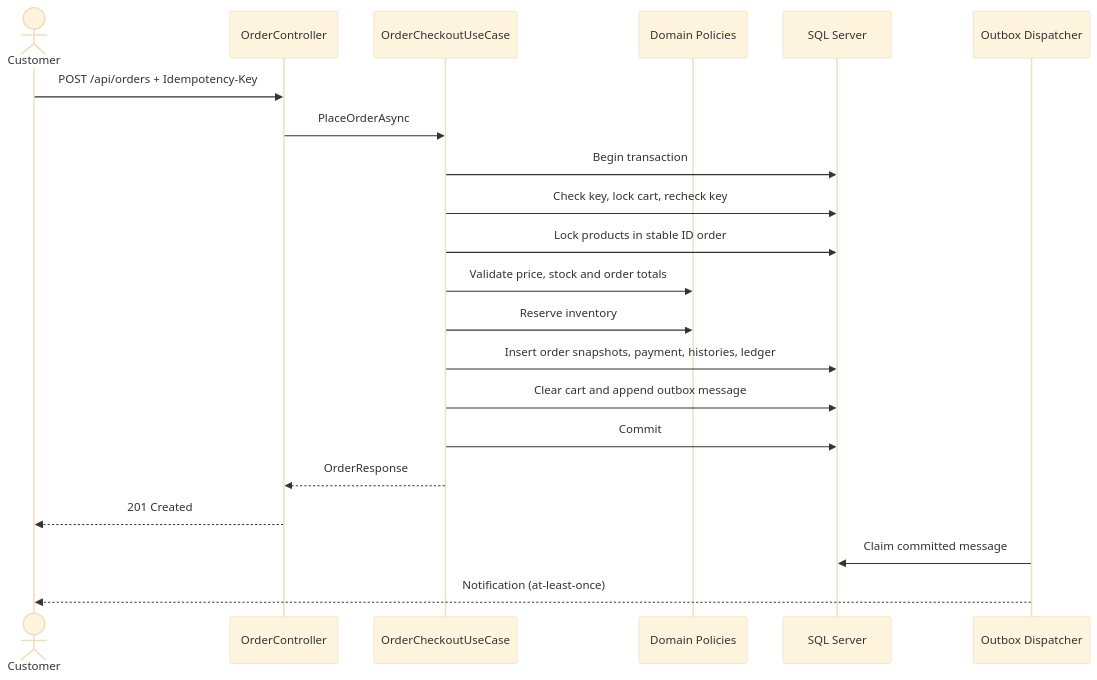
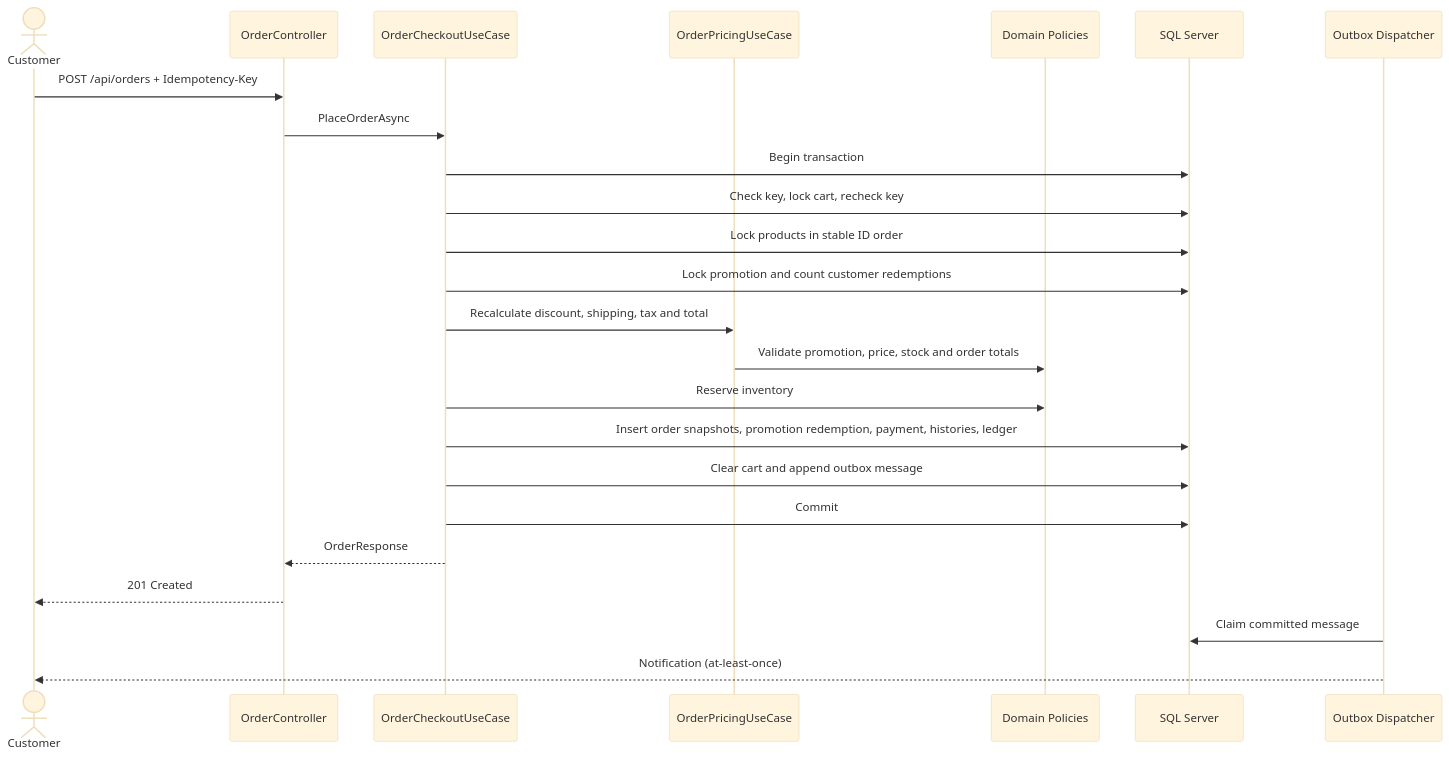
The second of 3 diagrams in docs/SEQUENCES.md (Giapnocap/ECommerceBackend), drawn with Mermaid (base theme) before and after one commit. The commit also changed 49 other files, not shown here.

Commit message:
feat: add authoritative checkout pricing

````diff
--- a/docs/SEQUENCES.md
+++ b/docs/SEQUENCES.md
@@ -34,24 +34,27 @@
 ```mermaid
 sequenceDiagram
     actor Customer
     participant API as OrderController
     participant Checkout as OrderCheckoutUseCase
+    participant Pricing as OrderPricingUseCase
     participant Rules as Domain Policies
     participant DB as SQL Server
     participant Outbox as Outbox Dispatcher
 
     Customer->>API: POST /api/orders + Idempotency-Key
     API->>Checkout: PlaceOrderAsync
     Checkout->>DB: Begin transaction
     Checkout->>DB: Check key, lock cart, recheck key
     Checkout->>DB: Lock products in stable ID order
-    Checkout->>Rules: Validate price, stock and order totals
+    Checkout->>DB: Lock promotion and count customer redemptions
+    Checkout->>Pricing: Recalculate discount, shipping, tax and total
+    Pricing->>Rules: Validate promotion, price, stock and order totals
     Checkout->>Rules: Reserve inventory
-    Checkout->>DB: Insert order snapshots, payment, histories, ledger
+    Checkout->>DB: Insert order snapshots, promotion redemption, payment, histories, ledger
     Checkout->>DB: Clear cart and append outbox message
     Checkout->>DB: Commit
     Checkout-->>API: OrderResponse
     API-->>Customer: 201 Created
     Outbox->>DB: Claim committed message
     Outbox-->>Customer: Notification (at-least-once)
 ```
````
